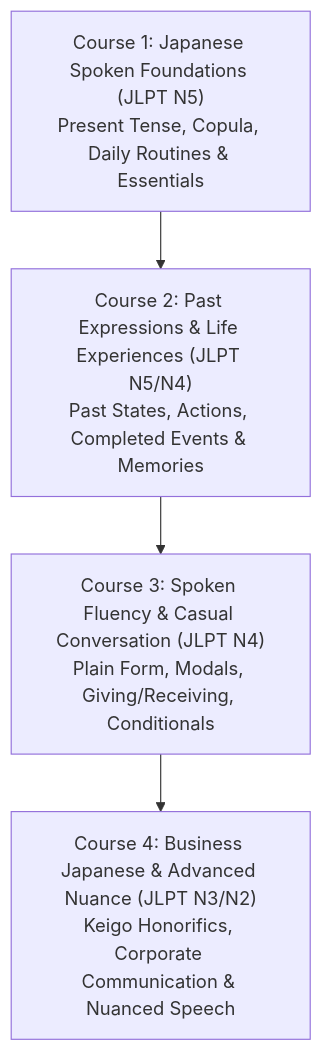
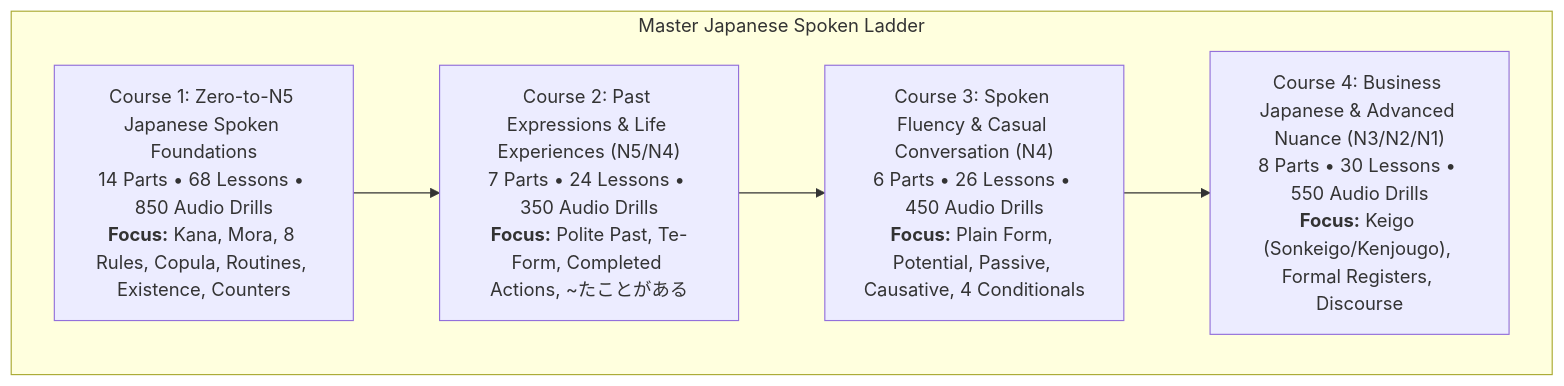
The second of 2 diagrams in android/app/src/main/assets/Japanese/Complete_Japanese_Speaking_Plan.md (team-gigabyte10/audio_book_library), drawn with Mermaid before and after one commit. The commit also changed other lines of this file and 11 other files, not shown here.

Commit message:
Complete Japanese spoken curriculum overhaul: zero-knowledge Kana phonetics, high-clarity TTS, and courses 1-4 expansion

````diff
--- a/android/app/src/main/assets/Japanese/Complete_Japanese_Speaking_Plan.md
+++ b/android/app/src/main/assets/Japanese/Complete_Japanese_Speaking_Plan.md
@@ -51,9 +126,11 @@
 ```mermaid
 graph TD
-    C1["Course 1: Japanese Spoken Foundations (JLPT N5)<br>Present Tense, Copula, Daily Routines & Essentials"]
-    C2["Course 2: Past Expressions & Life Experiences (JLPT N5/N4)<br>Past States, Actions, Completed Events & Memories"]
-    C3["Course 3: Spoken Fluency & Casual Conversation (JLPT N4)<br>Plain Form, Modals, Giving/Receiving, Conditionals"]
-    C4["Course 4: Business Japanese & Advanced Nuance (JLPT N3/N2)<br>Keigo Honorifics, Corporate Communication & Nuanced Speech"]
-    
+    subgraph "Master Japanese Spoken Ladder"
+        C1["Course 1: Zero-to-N5 Japanese Spoken Foundations<br>14 Parts • 68 Lessons • 850 Audio Drills<br><b>Focus:</b> Kana, Mora, 8 Rules, Copula, Routines, Existence, Counters"]
+        C2["Course 2: Past Expressions & Life Experiences (N5/N4)<br>7 Parts • 24 Lessons • 350 Audio Drills<br><b>Focus:</b> Polite Past, Te-Form, Completed Actions, ~たことがある"]
+        C3["Course 3: Spoken Fluency & Casual Conversation (N4)<br>6 Parts • 26 Lessons • 450 Audio Drills<br><b>Focus:</b> Plain Form, Potential, Passive, Causative, 4 Conditionals"]
+        C4["Course 4: Business Japanese & Advanced Nuance (N3/N2/N1)<br>8 Parts • 30 Lessons • 550 Audio Drills<br><b>Focus:</b> Keigo (Sonkeigo/Kenjougo), Formal Registers, Discourse"]
+    end
+
     C1 --> C2 --> C3 --> C4
 ```
````
